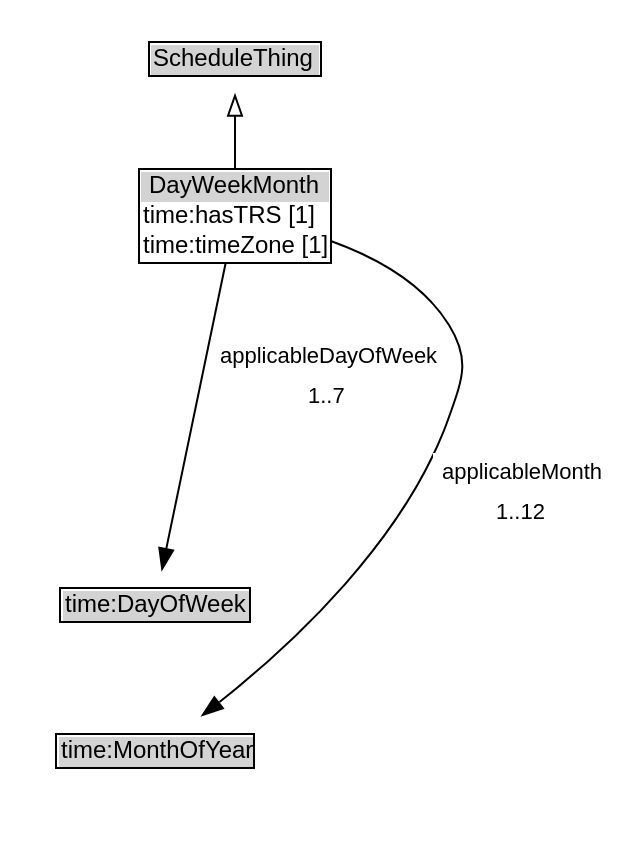
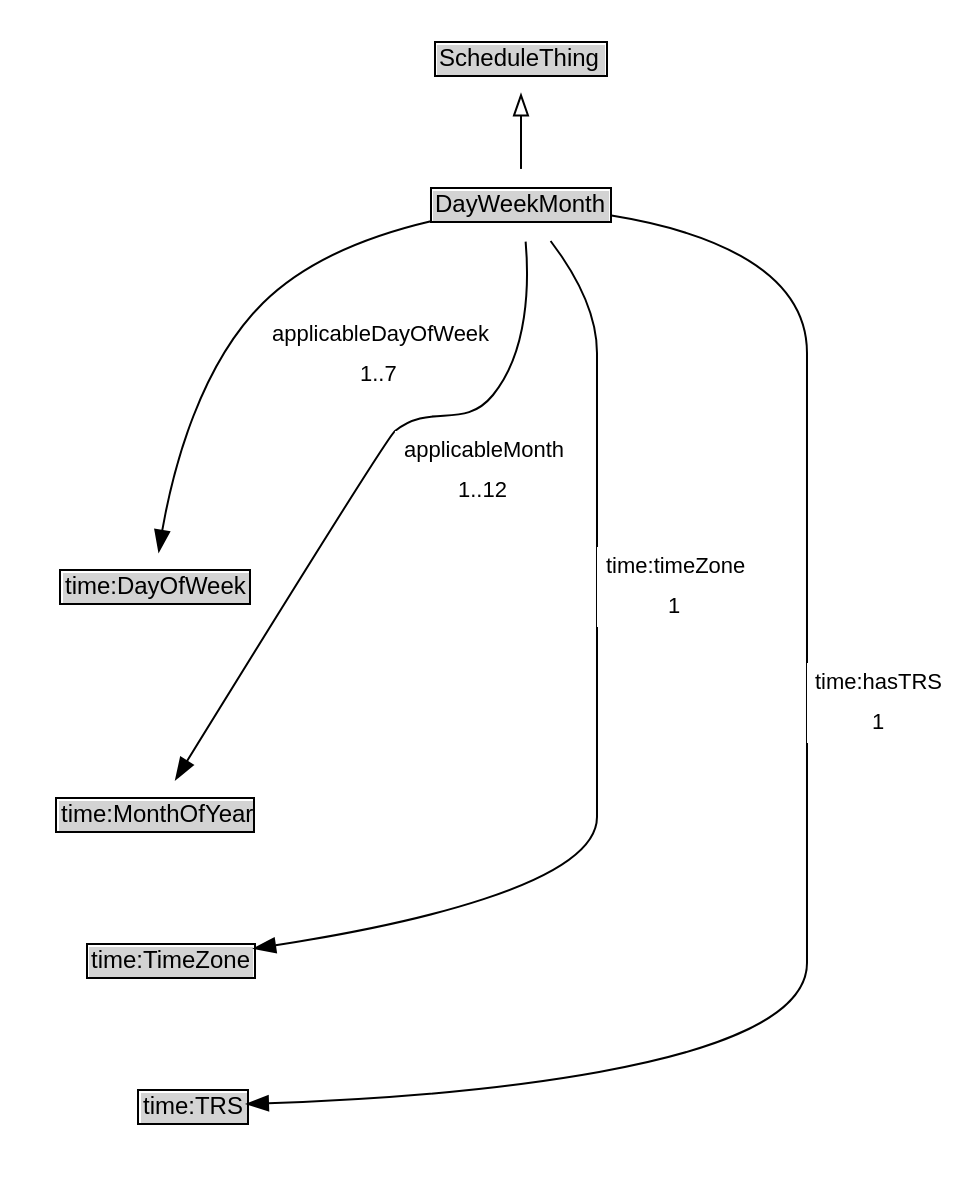
The diagram in docs/diagrams/DayWeekMonth.dot (k-vaughn/ontology-its-time), drawn with Graphviz before and after one commit. The commit also changed 77 other files, not shown here.

```diff
--- a/docs/diagrams/DayWeekMonth.dot
+++ b/docs/diagrams/DayWeekMonth.dot
@@ -1,28 +1,36 @@
 // Diagram for DayWeekMonth
 digraph {
 	graph [overlap=false rankdir=TB splines=true]
 	node [fontname=Arial fontsize=12 margin=0 shape=none]
 	edge [fontname=Arial fontsize=11]
 	{
 		rank=source
 		ScheduleThing [label=<<TABLE BORDER="1" CELLBORDER="0" CELLSPACING="0" CELLPADDING="1"><TR><TD BGCOLOR="lightgray" ALIGN="CENTER">ScheduleThing</TD></TR></TABLE>> URL="../ScheduleThing" margin=0]
 	}
-	DayWeekMonth [label=<<TABLE BORDER="1" CELLBORDER="0" CELLSPACING="0" CELLPADDING="1"><TR><TD BGCOLOR="lightgray" ALIGN="CENTER">DayWeekMonth</TD></TR><TR><TD ALIGN="LEFT">time:hasTRS [1]</TD></TR><TR><TD ALIGN="LEFT">time:timeZone [1]</TD></TR></TABLE>> URL="../DayWeekMonth" margin=0]
+	DayWeekMonth [label=<<TABLE BORDER="1" CELLBORDER="0" CELLSPACING="0" CELLPADDING="1"><TR><TD BGCOLOR="lightgray" ALIGN="CENTER">DayWeekMonth</TD></TR></TABLE>> URL="../DayWeekMonth" margin=0]
 	{
 		rank=max
 	}
 	subgraph cluster_associated {
 		label="" style=invis
 		Invis [label=<<TABLE BORDER="0" CELLBORDER="0" CELLSPACING="0" CELLPADDING="1"><TR><TD></TD></TR></TABLE>> margin=0 style=invis]
 		time_DayOfWeek [label=<<TABLE BORDER="1" CELLBORDER="0" CELLSPACING="0" CELLPADDING="1"><TR><TD BGCOLOR="lightgray" ALIGN="CENTER">time:DayOfWeek</TD></TR></TABLE>> URL="https://w3id.org/citydata/imported/time/latest/DayOfWeek" margin=0]
 		time_MonthOfYear [label=<<TABLE BORDER="1" CELLBORDER="0" CELLSPACING="0" CELLPADDING="1"><TR><TD BGCOLOR="lightgray" ALIGN="CENTER">time:MonthOfYear</TD></TR></TABLE>> URL="https://w3id.org/citydata/imported/time/latest/MonthOfYear" margin=0]
+		time_TimeZone [label=<<TABLE BORDER="1" CELLBORDER="0" CELLSPACING="0" CELLPADDING="1"><TR><TD BGCOLOR="lightgray" ALIGN="CENTER">time:TimeZone</TD></TR></TABLE>> URL="https://w3id.org/citydata/imported/time/latest/TimeZone" margin=0]
+		time_TRS [label=<<TABLE BORDER="1" CELLBORDER="0" CELLSPACING="0" CELLPADDING="1"><TR><TD BGCOLOR="lightgray" ALIGN="CENTER">time:TRS</TD></TR></TABLE>> URL="https://w3id.org/citydata/imported/time/latest/TRS" margin=0]
 	}
 	DayWeekMonth -> ScheduleThing [arrowhead=onormal style=solid]
 	DayWeekMonth -> Invis [style=invis]
 	Invis -> time_DayOfWeek [style=invis]
 	time_DayOfWeek -> time_MonthOfYear [style=invis]
+	time_MonthOfYear -> time_TimeZone [style=invis]
+	time_TimeZone -> time_TRS [style=invis]
+	time_TRS [label=<<TABLE BORDER="1" CELLBORDER="0" CELLSPACING="0" CELLPADDING="1"><TR><TD BGCOLOR="lightgray" ALIGN="CENTER">time:TRS</TD></TR></TABLE>> URL="https://w3id.org/citydata/imported/time/latest/TRS" margin=0]
+	DayWeekMonth -> time_TRS [label=<<TABLE BORDER="0" CELLBORDER="0" CELLSPACING="0" CELLPADDING="4" BGCOLOR="white"><TR><TD ALIGN="CENTER">time:hasTRS</TD></TR><TR><TD ALIGN="CENTER">1</TD></TR></TABLE>> arrowhead=normal style=solid]
+	time_TimeZone [label=<<TABLE BORDER="1" CELLBORDER="0" CELLSPACING="0" CELLPADDING="1"><TR><TD BGCOLOR="lightgray" ALIGN="CENTER">time:TimeZone</TD></TR></TABLE>> URL="https://w3id.org/citydata/imported/time/latest/TimeZone" margin=0]
+	DayWeekMonth -> time_TimeZone [label=<<TABLE BORDER="0" CELLBORDER="0" CELLSPACING="0" CELLPADDING="4" BGCOLOR="white"><TR><TD ALIGN="CENTER">time:timeZone</TD></TR><TR><TD ALIGN="CENTER">1</TD></TR></TABLE>> arrowhead=normal style=solid]
 	time_DayOfWeek [label=<<TABLE BORDER="1" CELLBORDER="0" CELLSPACING="0" CELLPADDING="1"><TR><TD BGCOLOR="lightgray" ALIGN="CENTER">time:DayOfWeek</TD></TR></TABLE>> URL="https://w3id.org/citydata/imported/time/latest/DayOfWeek" margin=0]
 	DayWeekMonth -> time_DayOfWeek [label=<<TABLE BORDER="0" CELLBORDER="0" CELLSPACING="0" CELLPADDING="4" BGCOLOR="white"><TR><TD ALIGN="CENTER">applicableDayOfWeek</TD></TR><TR><TD ALIGN="CENTER">1..7</TD></TR></TABLE>> arrowhead=normal style=solid]
 	time_MonthOfYear [label=<<TABLE BORDER="1" CELLBORDER="0" CELLSPACING="0" CELLPADDING="1"><TR><TD BGCOLOR="lightgray" ALIGN="CENTER">time:MonthOfYear</TD></TR></TABLE>> URL="https://w3id.org/citydata/imported/time/latest/MonthOfYear" margin=0]
 	DayWeekMonth -> time_MonthOfYear [label=<<TABLE BORDER="0" CELLBORDER="0" CELLSPACING="0" CELLPADDING="4" BGCOLOR="white"><TR><TD ALIGN="CENTER">applicableMonth</TD></TR><TR><TD ALIGN="CENTER">1..12</TD></TR></TABLE>> arrowhead=normal style=solid]
 }
```
